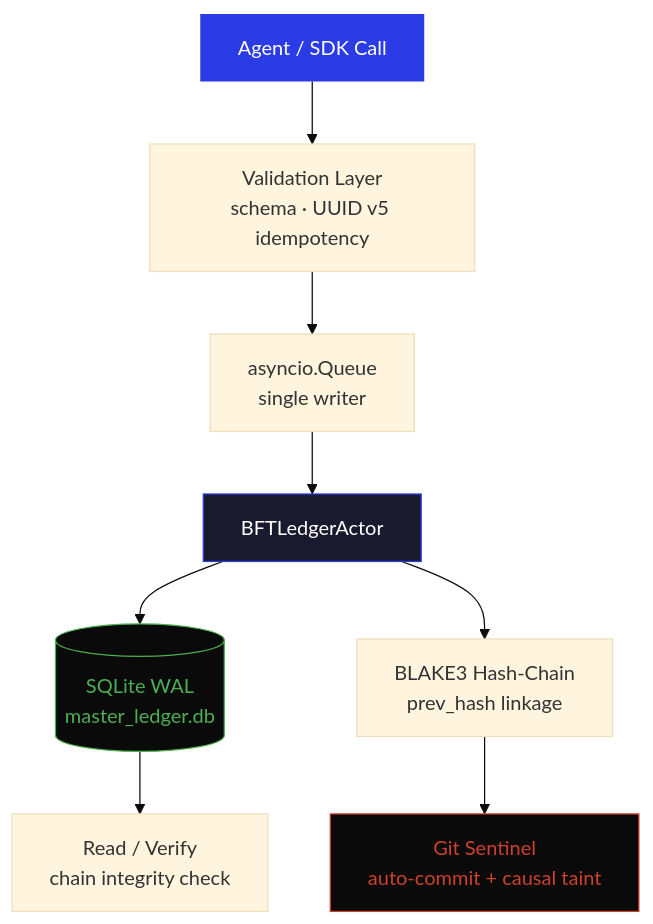
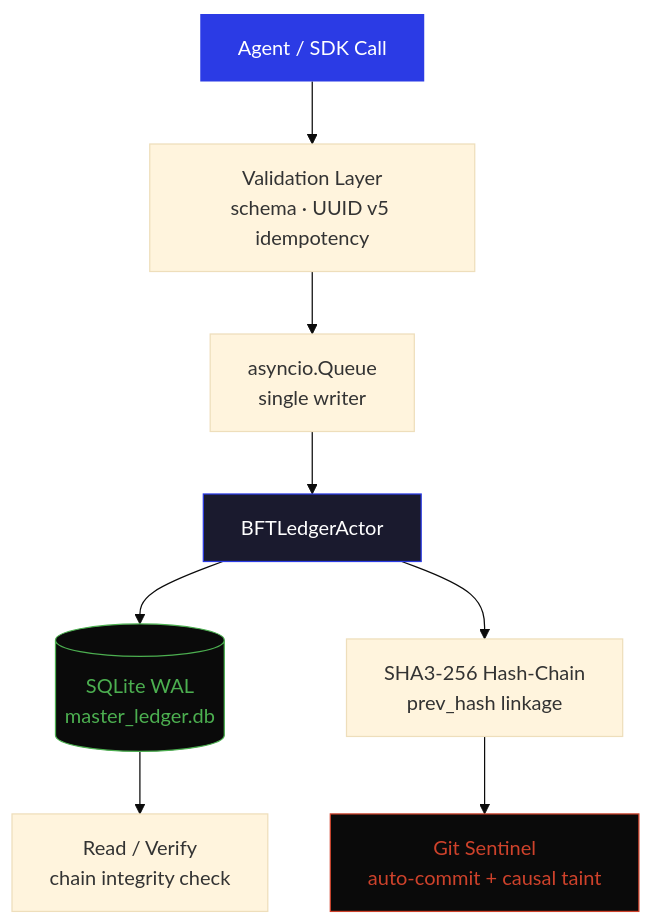
Before and after one commit to borjamoskv/BABYLON-60: the diagram in README.md, drawn with Mermaid (base theme). The commit also changed other lines of this file, not shown here.

Commit message:
docs(ultrathink): colapso epistémico de BLAKE3 a SHA3-256 reflejando implementación C5-REAL

````diff
--- a/README.md
+++ b/README.md
@@ -103,15 +103,15 @@
 ```mermaid
 flowchart TD
     A[Agent / SDK Call] --> B[Validation Layer\nschema · UUID v5 idempotency]
     B --> C[asyncio.Queue\nsingle writer]
     C --> D[BFTLedgerActor]
     D --> E[(SQLite WAL\nmaster_ledger.db)]
-    D --> F[BLAKE3 Hash-Chain\nprev_hash linkage]
+    D --> F[SHA3-256 Hash-Chain\nprev_hash linkage]
     F --> G[Git Sentinel\nauto-commit + causal taint]
     E --> H[Read / Verify\nchain integrity check]
 
     style A fill:#2B3BE5,color:#fff,stroke:none
     style D fill:#1a1a2e,color:#fff,stroke:#2B3BE5
     style E fill:#0A0A0A,color:#4CAF50,stroke:#4CAF50
     style G fill:#0A0A0A,color:#CE422B,stroke:#CE422B
 ```
````
